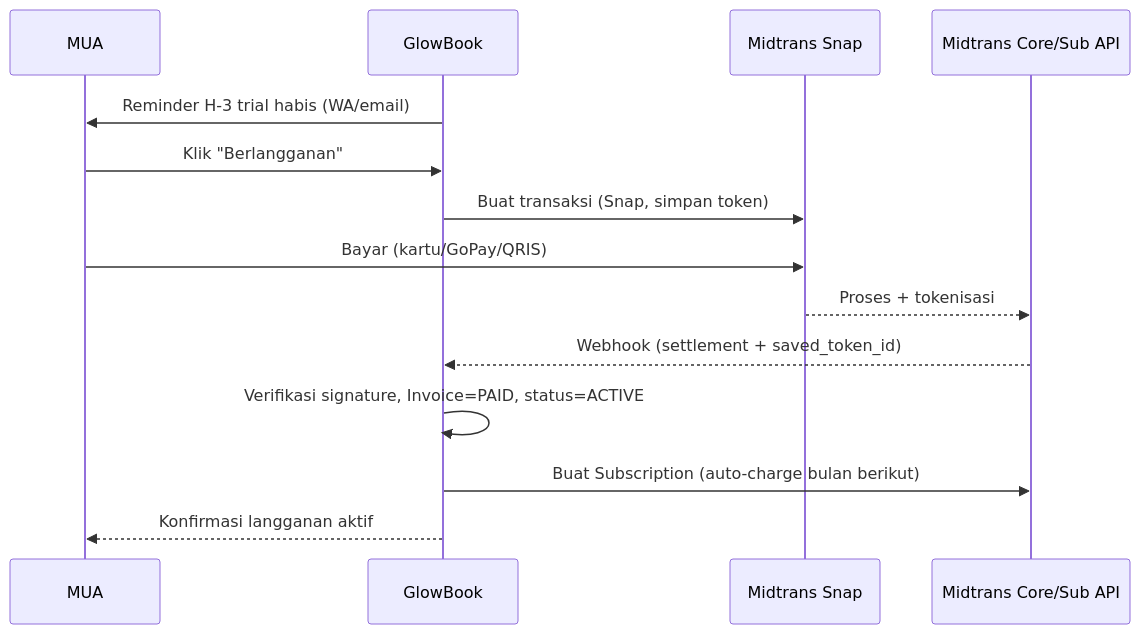
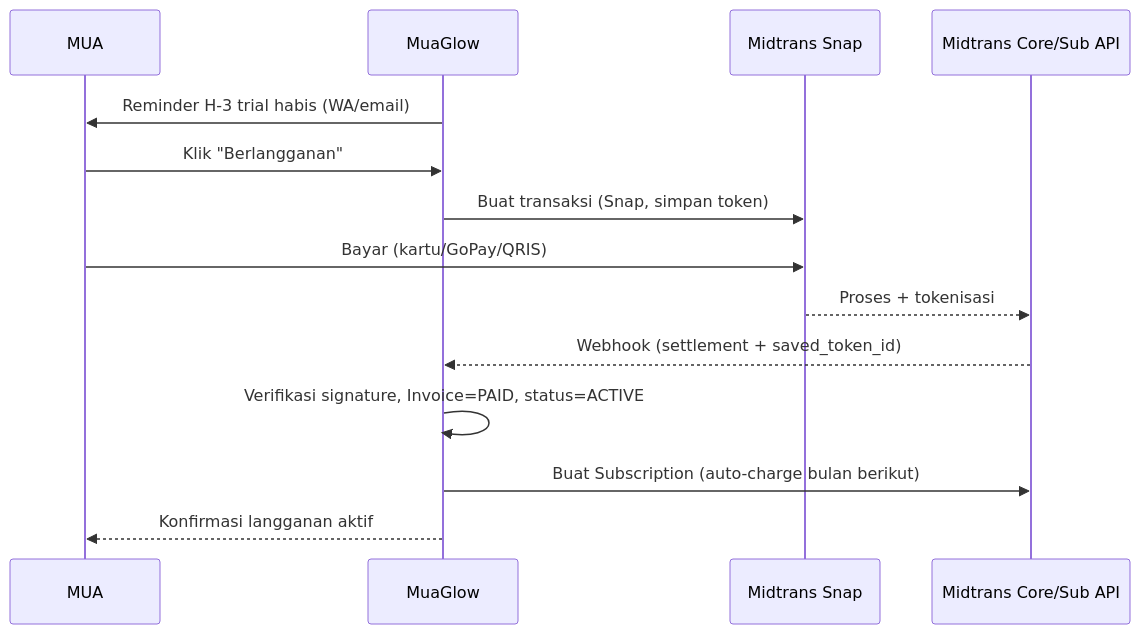
The fourth of 4 diagrams in PRD-MUA-SaaS.md (Marchelinoraco/mua), drawn with Mermaid before and after one commit. The commit also changed other lines of this file and 5 other files, not shown here.

Commit message:
docs(rebrand): GlowBook → MuaGlow di BRD, PRD, dan seluruh docs/

````diff
--- a/PRD-MUA-SaaS.md
+++ b/PRD-MUA-SaaS.md
@@ -328,16 +328,16 @@
 ```mermaid
 sequenceDiagram
   participant M as MUA
-  participant GB as GlowBook
+  participant GB as MuaGlow
   participant SN as Midtrans Snap
   participant MT as Midtrans Core/Sub API
   GB->>M: Reminder H-3 trial habis (WA/email)
   M->>GB: Klik "Berlangganan"
   GB->>SN: Buat transaksi (Snap, simpan token)
   M->>SN: Bayar (kartu/GoPay/QRIS)
   SN-->>MT: Proses + tokenisasi
   MT-->>GB: Webhook (settlement + saved_token_id)
   GB->>GB: Verifikasi signature, Invoice=PAID, status=ACTIVE
   GB->>MT: Buat Subscription (auto-charge bulan berikut)
   GB-->>M: Konfirmasi langganan aktif
 ```
````
